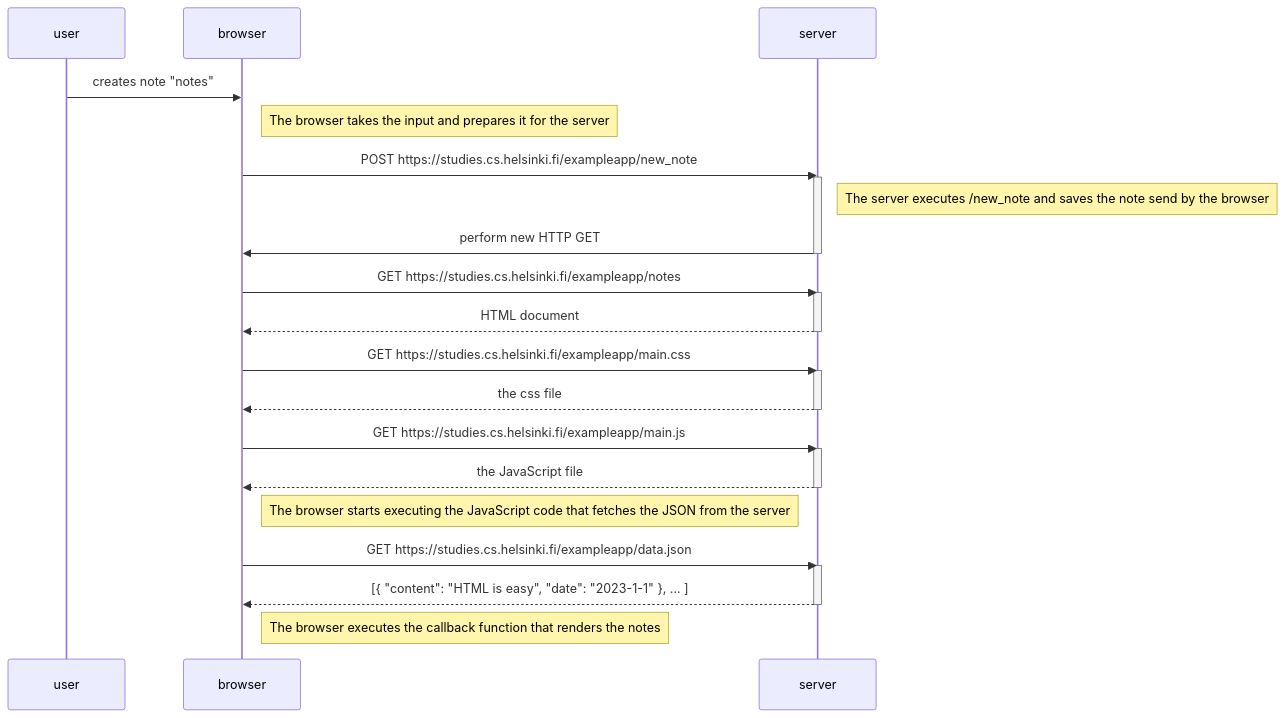
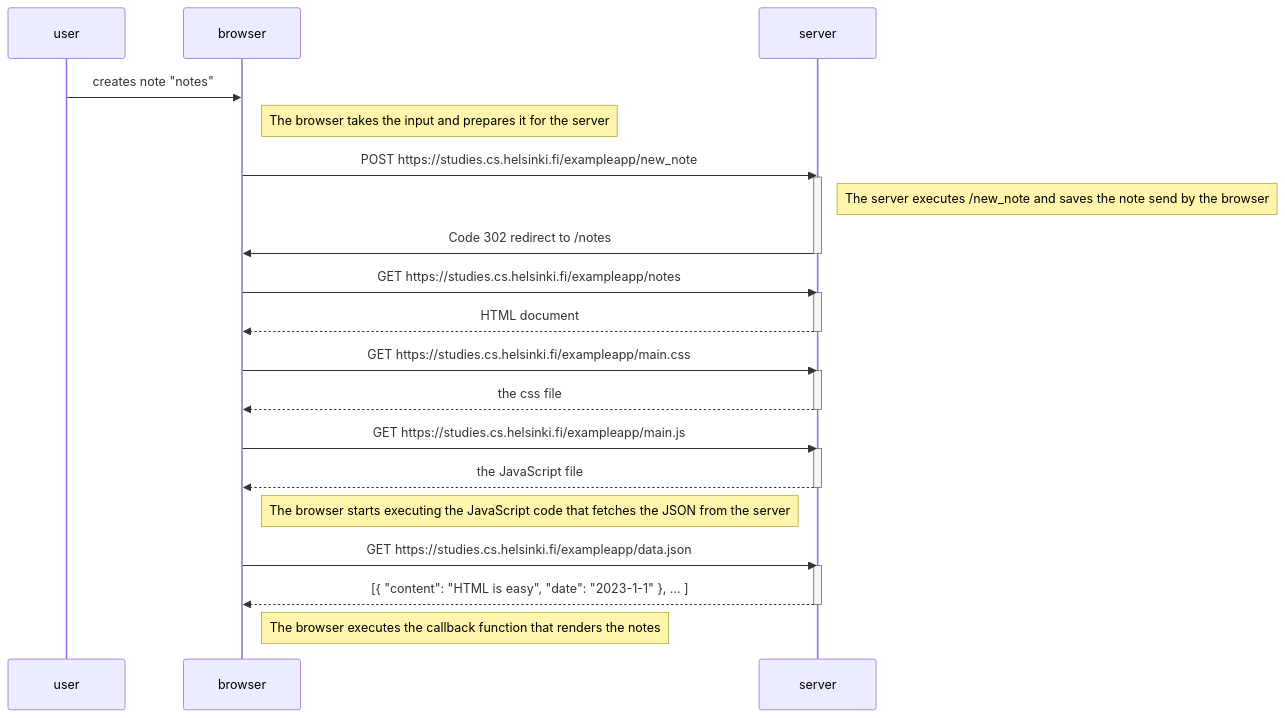
Before and after one commit to GJoseI/FullStackOpen-Part0: the diagram in exercise4.md, drawn with Mermaid. The commit also changed 1 other file, not shown here.

Commit message:
Ex 6 done

````diff
--- a/exercise4.md
+++ b/exercise4.md
@@ -1,39 +1,39 @@
 ``` mermaid
 
 sequenceDiagram
     participant user
     participant browser
     participant server
     
     user->>browser: creates note "notes"
     Note right of browser: The browser takes the input and prepares it for the server
     browser->>server: POST https://studies.cs.helsinki.fi/exampleapp/new_note
     activate server
     Note right of server: The server executes /new_note and saves the note send by the browser
-    server->>browser: perform new HTTP GET
+    server->>browser: Code 302 redirect to /notes
     deactivate server
 
     browser->>server: GET https://studies.cs.helsinki.fi/exampleapp/notes
     activate server
     server-->>browser: HTML document
     deactivate server
 
     browser->>server: GET https://studies.cs.helsinki.fi/exampleapp/main.css
     activate server
     server-->>browser: the css file
     deactivate server
 
     browser->>server: GET https://studies.cs.helsinki.fi/exampleapp/main.js
     activate server
     server-->>browser: the JavaScript file
     deactivate server
 
     Note right of browser: The browser starts executing the JavaScript code that fetches the JSON from the server
 
     browser->>server: GET https://studies.cs.helsinki.fi/exampleapp/data.json
     activate server
     server-->>browser: [{ "content": "HTML is easy", "date": "2023-1-1" }, ... ]
     deactivate server
 
     Note right of browser: The browser executes the callback function that renders the notes
 ```
````
